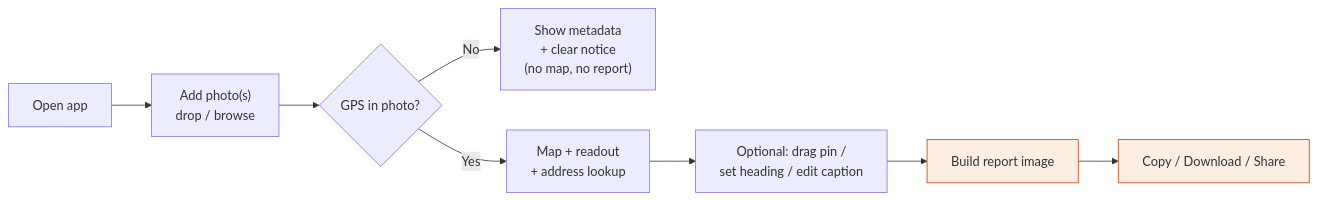
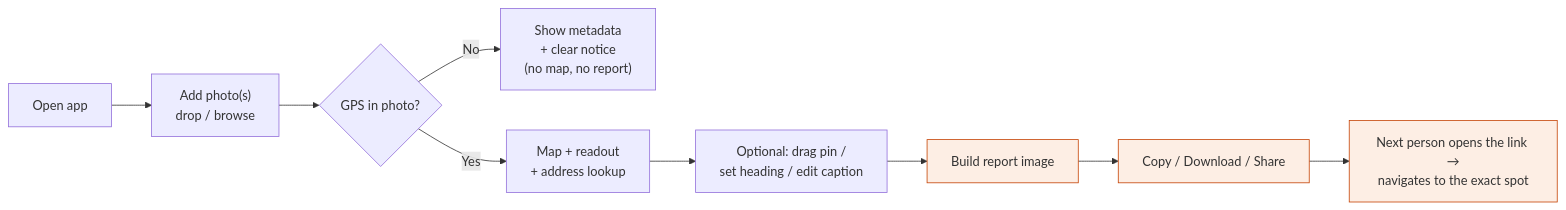
The first of 6 diagrams in docs/DESIGN_AND_ARCHITECTURE.md (Nerjo/geotag), drawn with Mermaid before and after one commit. The commit also changed other lines of this file and 2 other files, not shown here.

````diff
--- a/docs/DESIGN_AND_ARCHITECTURE.md
+++ b/docs/DESIGN_AND_ARCHITECTURE.md
@@ -166,12 +196,13 @@
 ```mermaid
 flowchart LR
     A["Open app"] --> B["Add photo(s)<br/>drop / browse"]
     B --> C{GPS in photo?}
     C -->|No| D["Show metadata<br/>+ clear notice<br/>(no map, no report)"]
     C -->|Yes| E["Map + readout<br/>+ address lookup"]
     E --> F["Optional: drag pin /<br/>set heading / edit caption"]
     F --> G["Build report image"]
     G --> H["Copy / Download / Share"]
+    H --> I["Next person opens the link →<br/>navigates to the exact spot"]
     classDef accent fill:#fdeee4,stroke:#c54405;
-    class G,H accent;
+    class G,H,I accent;
 ```
````
